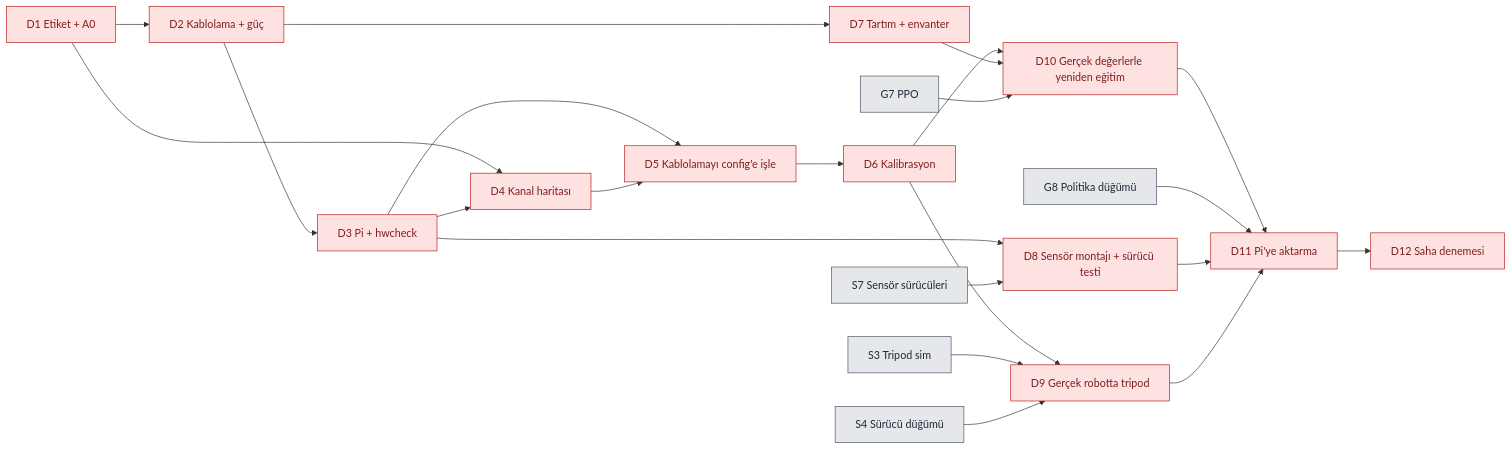
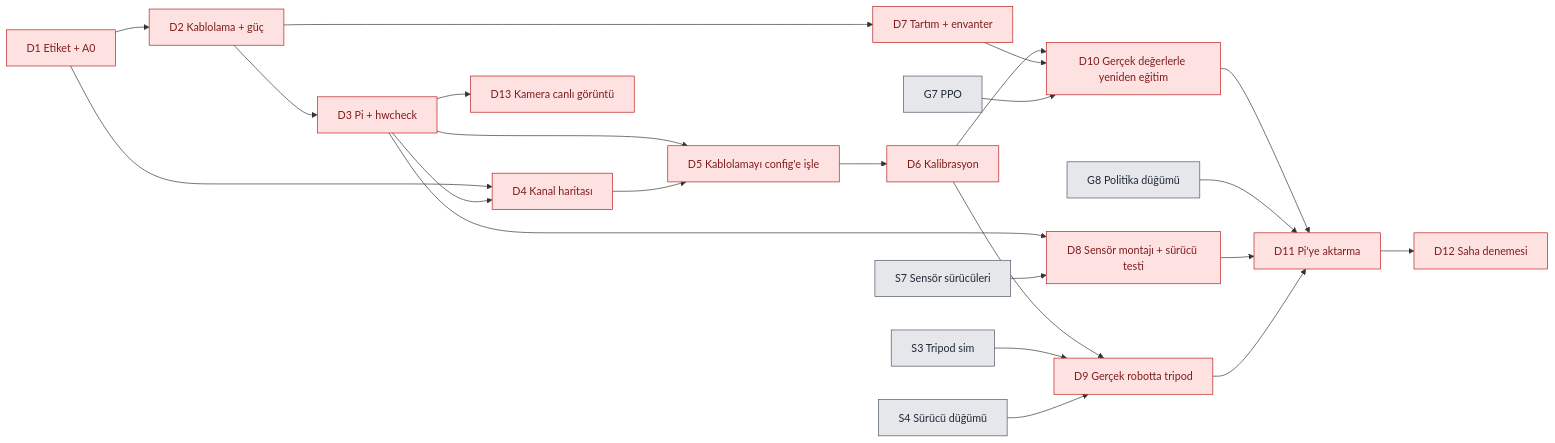
Before and after one commit to g0rkm/hexapod: the second of 2 diagrams in GOREVLER.md, drawn with Mermaid. The commit also changed other lines of this file and 4 other files, not shown here.

````diff
--- a/GOREVLER.md
+++ b/GOREVLER.md
@@ -366,25 +366,26 @@
 ```mermaid
 flowchart LR
     classDef hw fill:#fee2e2,stroke:#b91c1c,color:#7f1d1d
     classDef sw fill:#e5e7eb,stroke:#4b5563,color:#1f2937
 
     D1[D1 Etiket + A0]:::hw --> D2[D2 Kablolama + güç]:::hw --> D3[D3 Pi + hwcheck]:::hw
     D1 --> D4[D4 Kanal haritası]:::hw
     D3 --> D4
     D3 --> D5[D5 Kablolamayı config'e işle]:::hw
     D4 --> D5 --> D6[D6 Kalibrasyon]:::hw
     D2 --> D7[D7 Tartım + envanter]:::hw
     D3 --> D8[D8 Sensör montajı + sürücü testi]:::hw
     S7[S7 Sensör sürücüleri]:::sw --> D8
     D6 --> D9[D9 Gerçek robotta tripod]:::hw
     S3[S3 Tripod sim]:::sw --> D9
     S4[S4 Sürücü düğümü]:::sw --> D9
     D6 --> D10[D10 Gerçek değerlerle yeniden eğitim]:::hw
     D7 --> D10
     G7[G7 PPO]:::sw --> D10
     D10 --> D11[D11 Pi'ye aktarma]:::hw
     G8[G8 Politika düğümü]:::sw --> D11
     D8 --> D11
     D9 --> D11
     D11 --> D12[D12 Saha denemesi]:::hw
+    D3 --> D13[D13 Kamera canlı görüntü]:::hw
 ```
````
